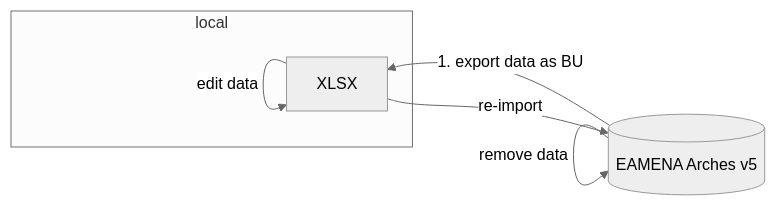
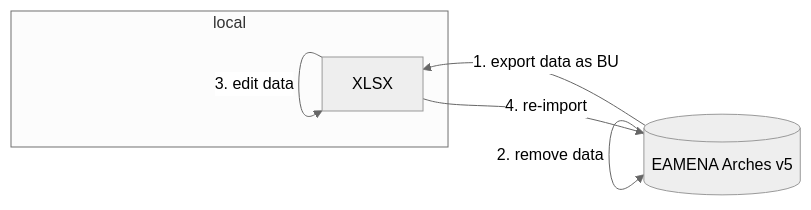
One commit to eamena-project/eamena-arches-dev changed the first of 3 diagrams in data/bulk/README.md. Above: the diagram before and after it, drawn with Mermaid (neutral theme).

Commit message:
BU workflow

````diff
--- a/data/bulk/README.md
+++ b/data/bulk/README.md
@@ -36,9 +36,9 @@
 ```mermaid
 flowchart RL
     A[(EAMENA Arches v5)] --1. export data as BU--> B[XLSX];
-    A --remove data--> A;
+    A --2. remove data--> A;
     subgraph local
-    B --edit data--> B;
+    B --3. edit data--> B;
     end
-    B --re-import--> A;
+    B --4. re-import--> A;
 ```
````
